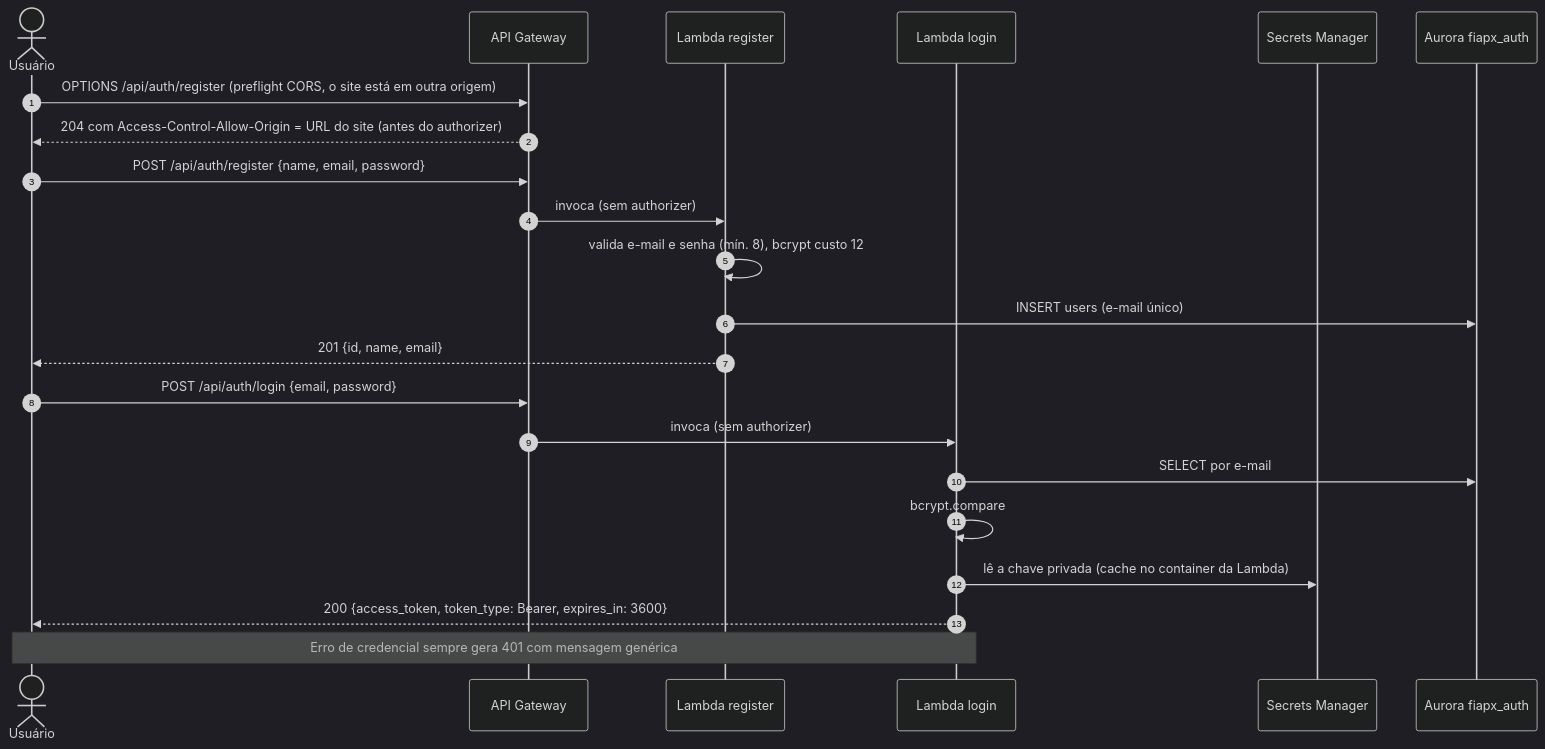
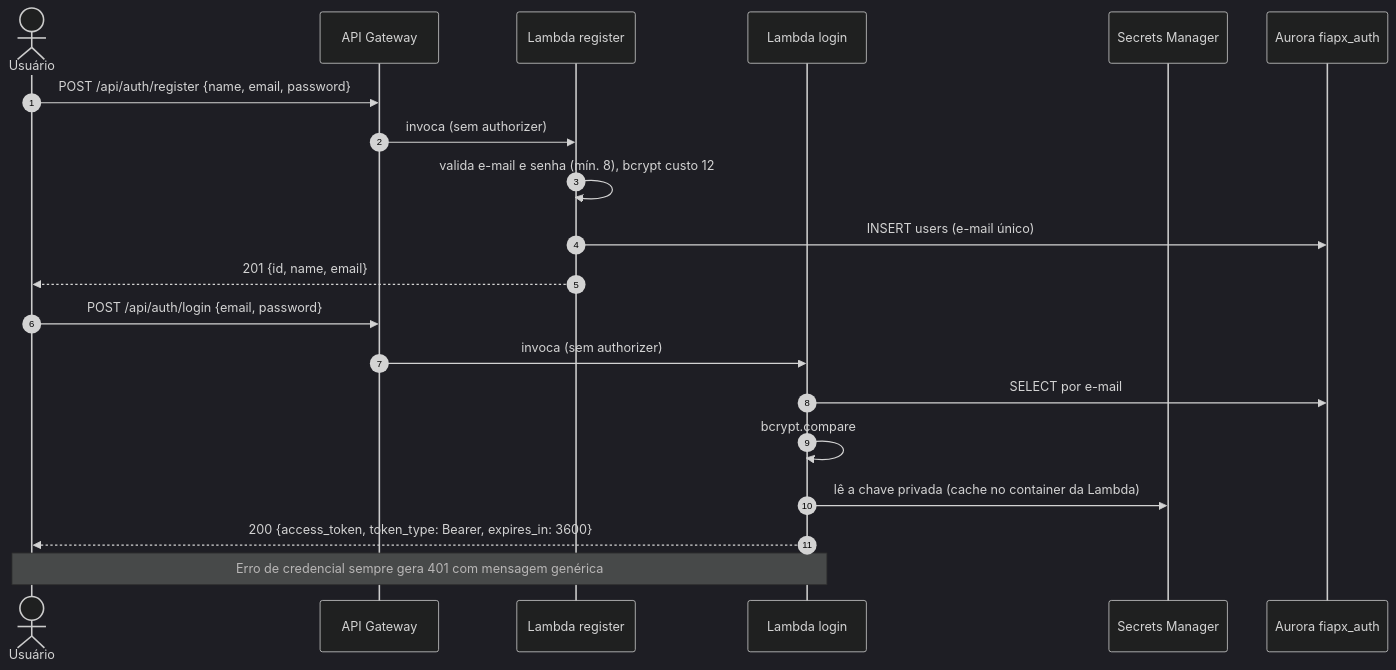
Before and after one commit to hackathon-fiap-soat/fiapx-docs: the first of 6 diagrams in 03-arquitetura/sequencias.md, drawn with Mermaid (dark theme). The commit also changed 35 other files, not shown here.

````diff
--- a/03-arquitetura/sequencias.md
+++ b/03-arquitetura/sequencias.md
@@ -7,25 +7,23 @@
 ```mermaid
 sequenceDiagram
   autonumber
   actor U as Usuário
   participant GW as API Gateway
   participant REG as Lambda register
   participant LOG as Lambda login
   participant SM as Secrets Manager
   participant DB as Aurora fiapx_auth
 
-  U->>GW: OPTIONS /api/auth/register (preflight CORS, o site está em outra origem)
-  GW-->>U: 204 com Access-Control-Allow-Origin = URL do site (antes do authorizer)
   U->>GW: POST /api/auth/register {name, email, password}
   GW->>REG: invoca (sem authorizer)
   REG->>REG: valida e-mail e senha (mín. 8), bcrypt custo 12
   REG->>DB: INSERT users (e-mail único)
   REG-->>U: 201 {id, name, email}
   U->>GW: POST /api/auth/login {email, password}
   GW->>LOG: invoca (sem authorizer)
   LOG->>DB: SELECT por e-mail
   LOG->>LOG: bcrypt.compare
   LOG->>SM: lê a chave privada (cache no container da Lambda)
   LOG-->>U: 200 {access_token, token_type: Bearer, expires_in: 3600}
   Note over U,LOG: Erro de credencial sempre gera 401 com mensagem genérica
 ```
````
